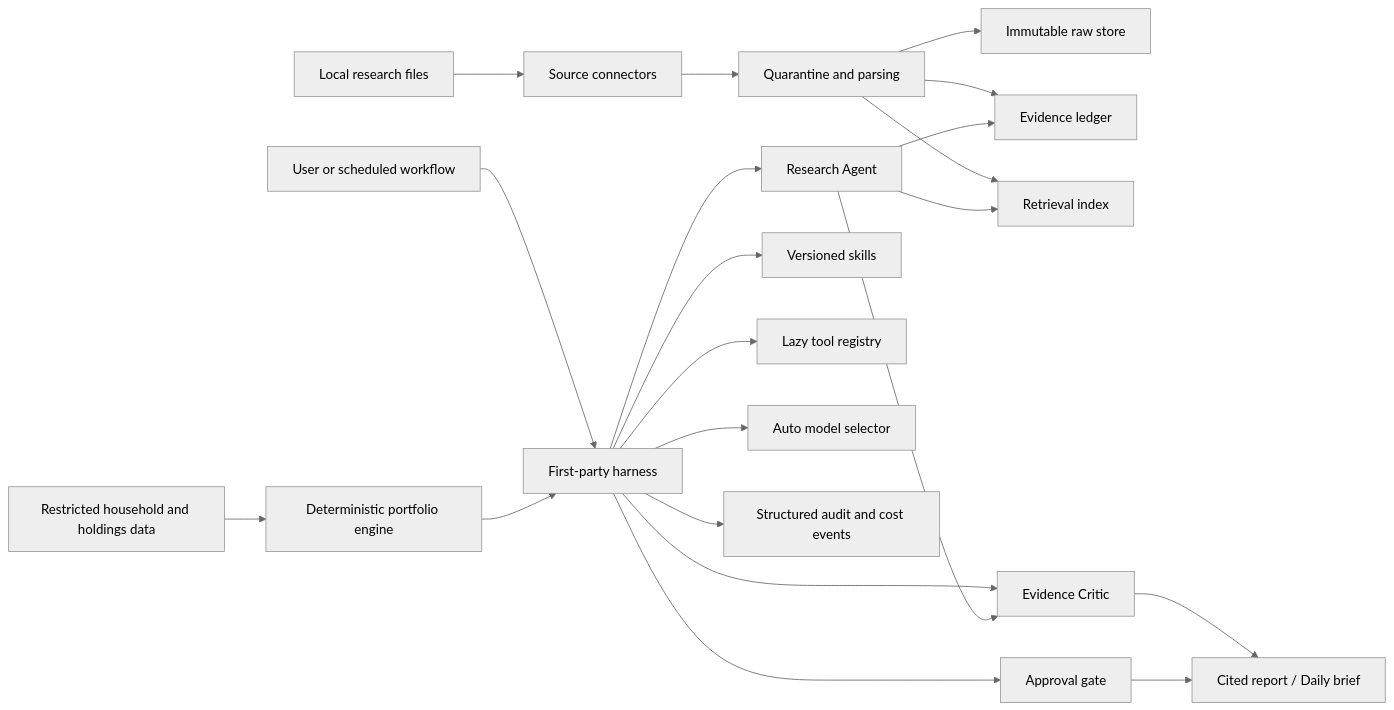
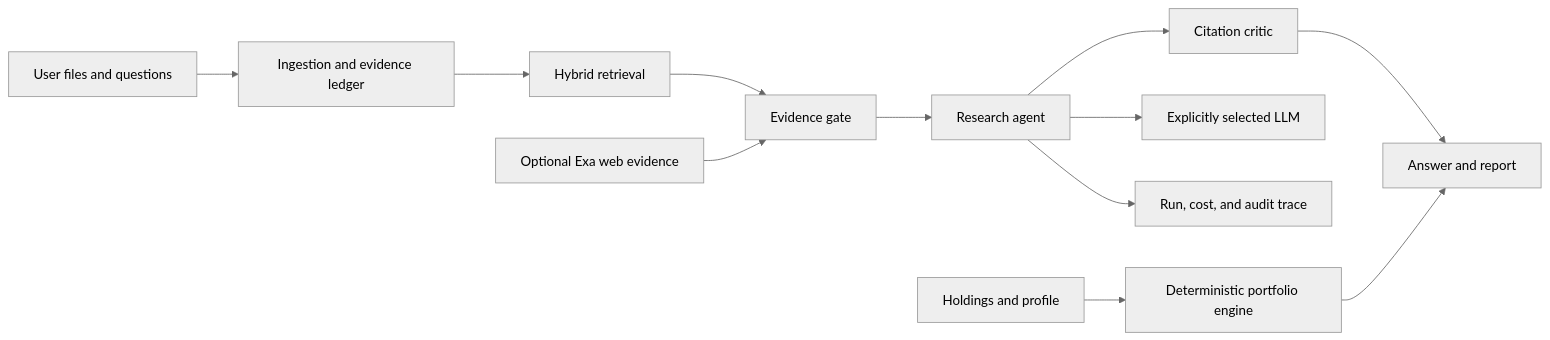
One commit to yichen057/argus-investment-intelligence changed the diagram in README.md. Above: the diagram before and after it, drawn with Mermaid (neutral theme). The commit also changed other lines of this file and 5 other files, not shown here.

````diff
--- a/README.md
+++ b/README.md
@@ -150,26 +165,16 @@
 ```mermaid
 flowchart LR
-    A["Local research files"] --> B["Source connectors"]
-    B --> C["Quarantine and parsing"]
-    C --> D["Immutable raw store"]
-    C --> E["Evidence ledger"]
-    C --> F["Retrieval index"]
+    U["User files and questions"] --> I["Ingestion and evidence ledger"]
+    I --> R["Hybrid retrieval"]
+    W["Optional Exa web evidence"] --> G["Evidence gate"]
+    R --> G
+    G --> A["Research agent"]
+    A --> C["Citation critic"]
+    C --> O["Answer and report"]
 
-    U["User or scheduled workflow"] --> H["First-party harness"]
-    H --> R["Research Agent"]
-    R --> F
-    R --> E
-    H --> K["Versioned skills"]
-    H --> T["Lazy tool registry"]
-    H --> X["Evidence Critic"]
-    H --> M["Auto model selector"]
-    R --> X
-    X --> O["Cited report / Daily brief"]
+    P["Holdings and profile"] --> D["Deterministic portfolio engine"]
+    D --> O
 
-    P["Restricted household and holdings data"] --> Q["Deterministic portfolio engine"]
-    Q --> H
-    H --> G["Approval gate"]
-    G --> O
-
-    H --> Z["Structured audit and cost events"]
+    A --> M["Explicitly selected LLM"]
+    A --> T["Run, cost, and audit trace"]
 ```
````
